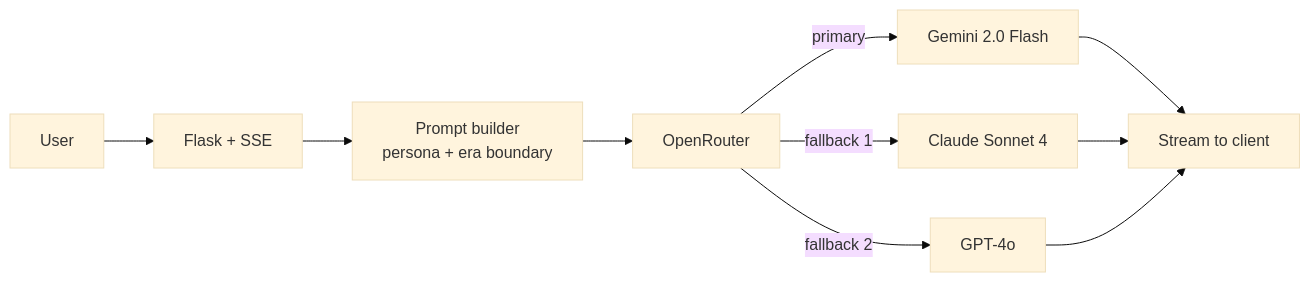
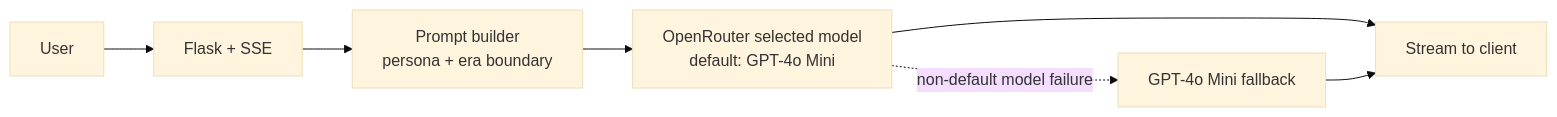
The diagram in docs/github-readmes/Seance_AI.md (ARJUNVARMA2000/Portfolio-Website), drawn with Mermaid (base theme) before and after one commit. The commit also changed other lines of this file and 5 other files, not shown here.

Commit message:
Refresh Gemini model guidance in project documentation

````diff
--- a/docs/github-readmes/Seance_AI.md
+++ b/docs/github-readmes/Seance_AI.md
@@ -33,12 +33,9 @@
 ```mermaid
 flowchart LR
     U[User] --> F[Flask + SSE]
     F --> P[Prompt builder<br/>persona + era boundary]
-    P --> OR[OpenRouter]
-    OR -->|primary| G[Gemini 2.0 Flash]
-    OR -->|fallback 1| C[Claude Sonnet 4]
-    OR -->|fallback 2| O[GPT-4o]
-    G --> S[Stream to client]
-    C --> S
-    O --> S
+    P --> OR[OpenRouter selected model<br/>default: GPT-4o Mini]
+    OR --> S[Stream to client]
+    OR -. non-default model failure .-> FB[GPT-4o Mini fallback]
+    FB --> S
 ```
````
